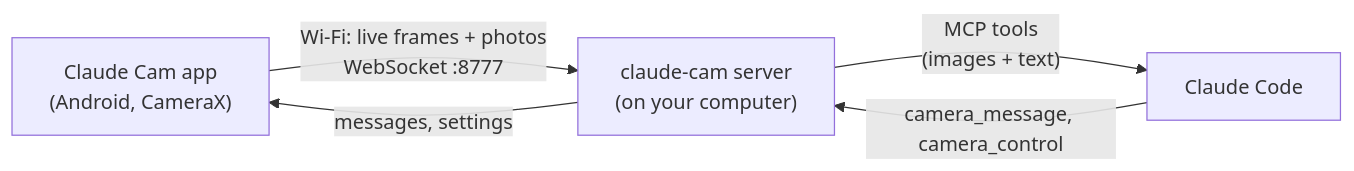
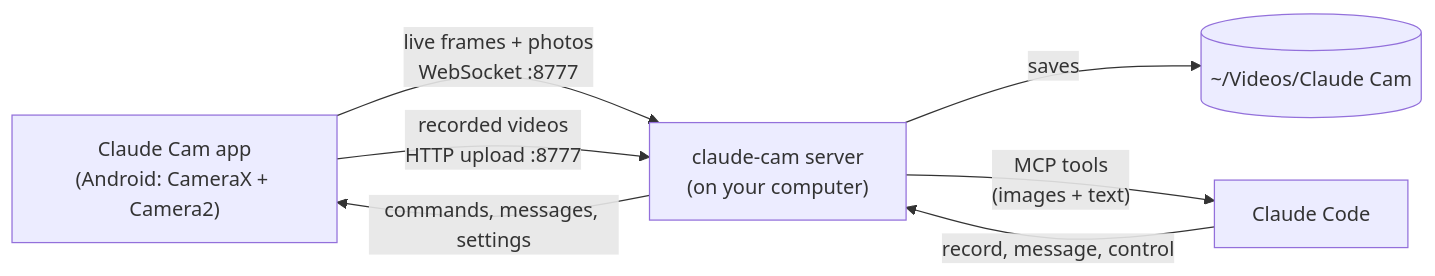
The diagram in README.md (ssjrocks/claude-cam), drawn with Mermaid before and after one commit. The commit also changed other lines of this file and 4 other files, not shown here.

````diff
--- a/README.md
+++ b/README.md
@@ -221,7 +314,9 @@
 ```mermaid
 flowchart LR
-    P["Claude Cam app<br/>(Android, CameraX)"] -- "Wi-Fi: live frames + photos<br/>WebSocket :8777" --> S["claude-cam server<br/>(on your computer)"]
+    P["Claude Cam app<br/>(Android: CameraX + Camera2)"] -- "live frames + photos<br/>WebSocket :8777" --> S["claude-cam server<br/>(on your computer)"]
+    P -- "recorded videos<br/>HTTP upload :8777" --> S
+    S -- "saves" --> V[("~/Videos/Claude Cam")]
     S -- "MCP tools<br/>(images + text)" --> C["Claude Code"]
-    C -- "camera_message, camera_control" --> S
-    S -- "messages, settings" --> P
+    C -- "record, message, control" --> S
+    S -- "commands, messages, settings" --> P
 ```
````
